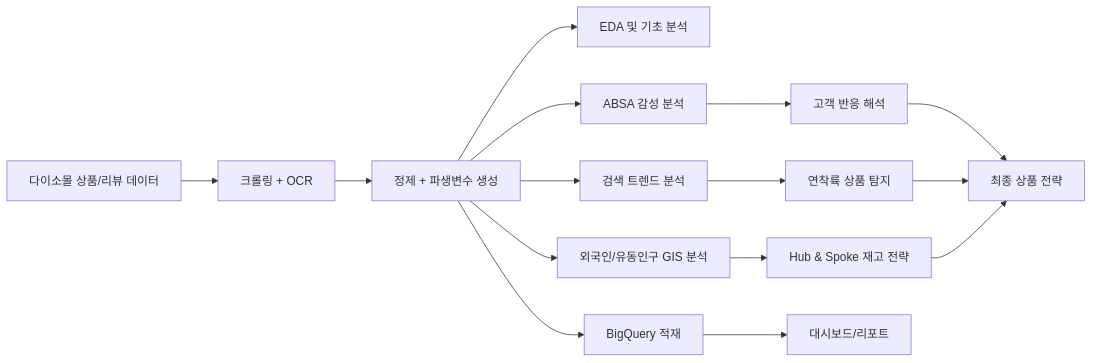
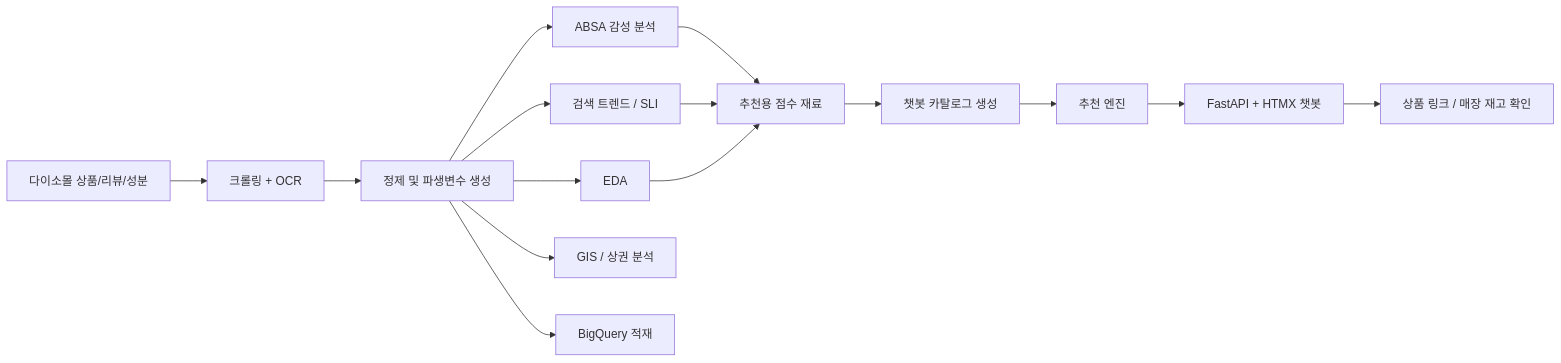
One commit to N0RT3U/daiso changed the first of 2 diagrams in README.md. Above: the diagram before and after it, drawn with Mermaid. The commit also changed other lines of this file and 31 other files, not shown here.

````diff
--- a/README.md
+++ b/README.md
@@ -45,17 +57,17 @@
 ```mermaid
 flowchart LR
-    A[다이소몰 상품/리뷰 데이터] --> B[크롤링 + OCR]
-    B --> C[정제 + 파생변수 생성]
-    C --> D[EDA 및 기초 분석]
+    A[다이소몰 상품/리뷰/성분] --> B[크롤링 + OCR]
+    B --> C[정제 및 파생변수 생성]
+    C --> D[EDA]
     C --> E[ABSA 감성 분석]
-    C --> F[검색 트렌드 분석]
-    C --> G[외국인/유동인구 GIS 분석]
+    C --> F[검색 트렌드 / SLI]
+    C --> G[GIS / 상권 분석]
     C --> H[BigQuery 적재]
-    E --> I[고객 반응 해석]
-    F --> J[연착륙 상품 탐지]
-    G --> K[Hub & Spoke 재고 전략]
-    H --> L[대시보드/리포트]
-    I --> M[최종 상품 전략]
-    J --> M
-    K --> M
+    E --> I[추천용 점수 재료]
+    F --> I
+    D --> I
+    I --> J[챗봇 카탈로그 생성]
+    J --> K[추천 엔진]
+    K --> L[FastAPI + HTMX 챗봇]
+    L --> M[상품 링크 / 매장 재고 확인]
 ```
````
